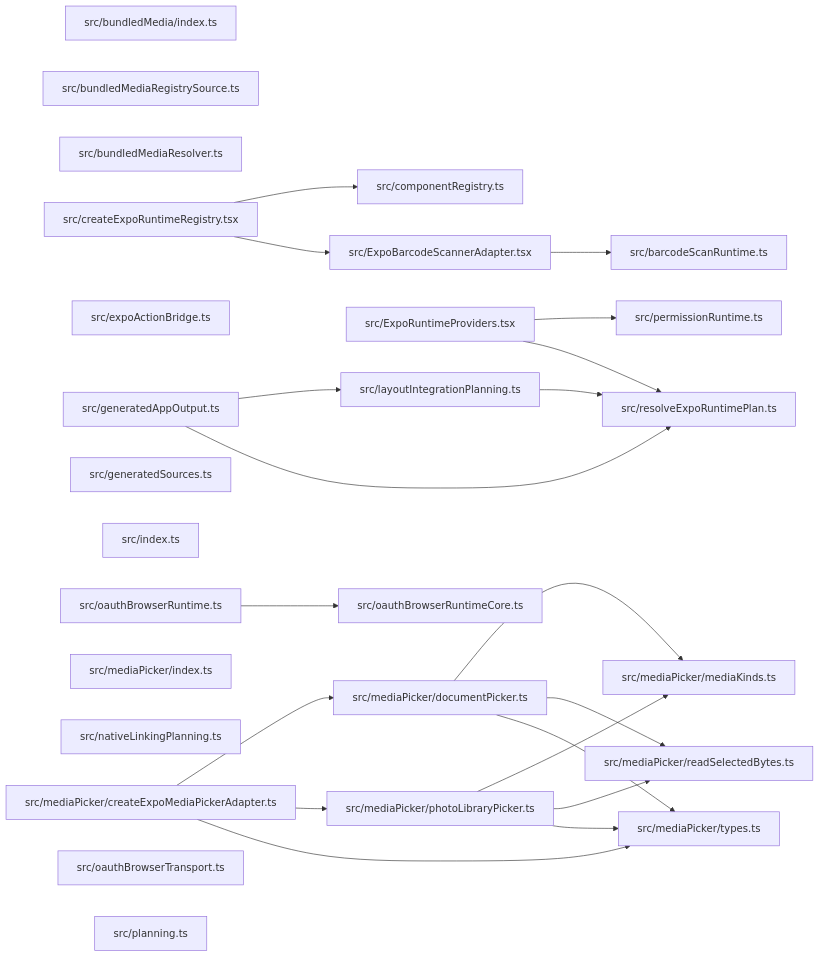
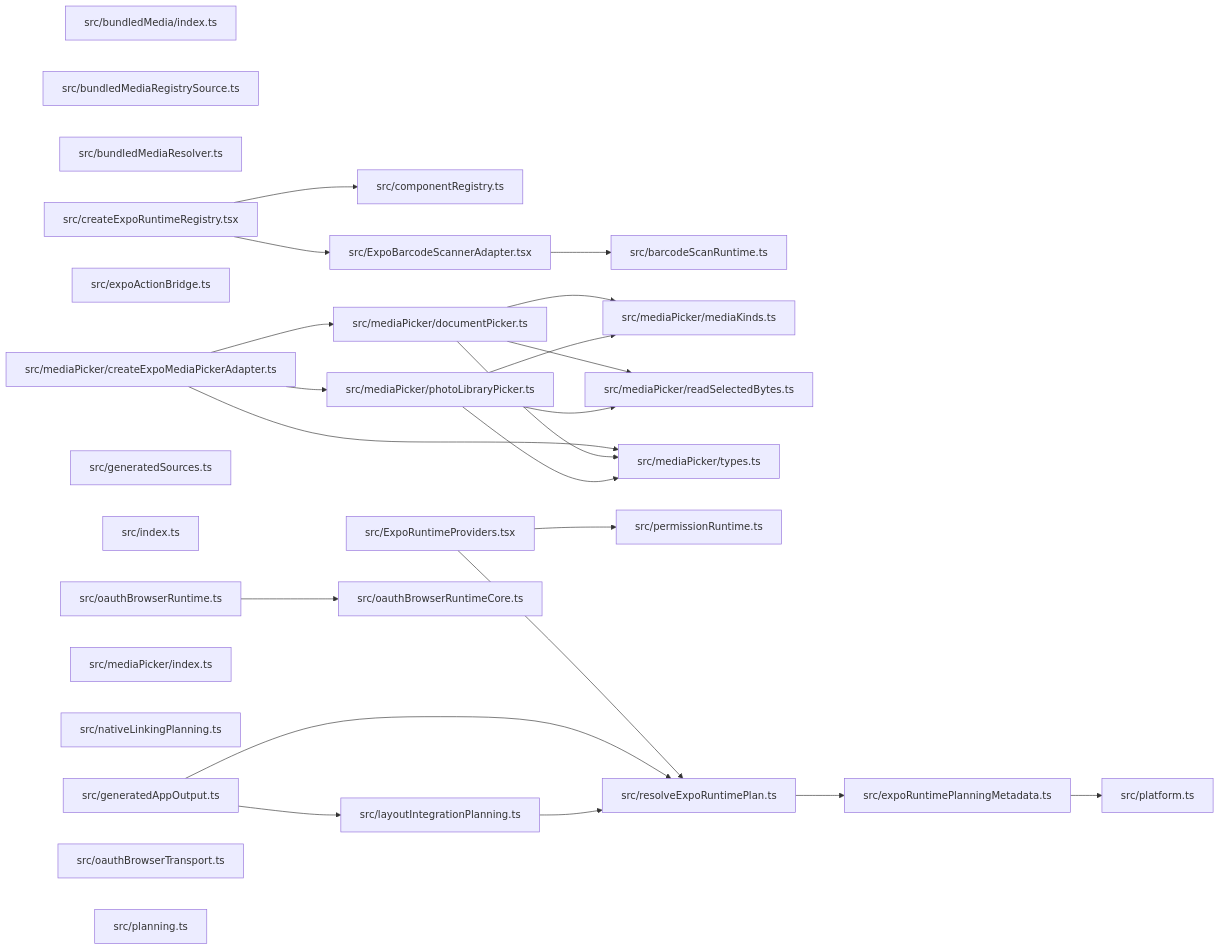
One commit to ankhorage/expo-runtime changed the diagram in paradox/diagrams/module-relationships.mmd. Above: the diagram before and after it, drawn with Mermaid. The commit also changed 46 other files, not shown here.

First line of the commit message:
feat: establish Expo 57 platform authority (#47)

```diff
--- a/paradox/diagrams/module-relationships.mmd
+++ b/paradox/diagrams/module-relationships.mmd
@@ -1,46 +1,50 @@
 graph LR
   module_src_barcodeScanRuntime_ts["src/barcodeScanRuntime.ts"]
   module_src_bundledMedia_index_ts["src/bundledMedia/index.ts"]
   module_src_bundledMediaRegistrySource_ts["src/bundledMediaRegistrySource.ts"]
   module_src_bundledMediaResolver_ts["src/bundledMediaResolver.ts"]
   module_src_componentRegistry_ts["src/componentRegistry.ts"]
   module_src_createExpoRuntimeRegistry_tsx["src/createExpoRuntimeRegistry.tsx"]
   module_src_expoActionBridge_ts["src/expoActionBridge.ts"]
   module_src_ExpoBarcodeScannerAdapter_tsx["src/ExpoBarcodeScannerAdapter.tsx"]
+  module_src_expoRuntimePlanningMetadata_ts["src/expoRuntimePlanningMetadata.ts"]
   module_src_ExpoRuntimeProviders_tsx["src/ExpoRuntimeProviders.tsx"]
   module_src_generatedAppOutput_ts["src/generatedAppOutput.ts"]
   module_src_generatedSources_ts["src/generatedSources.ts"]
   module_src_index_ts["src/index.ts"]
   module_src_layoutIntegrationPlanning_ts["src/layoutIntegrationPlanning.ts"]
   module_src_mediaPicker_createExpoMediaPickerAdapter_ts["src/mediaPicker/createExpoMediaPickerAdapter.ts"]
   module_src_mediaPicker_documentPicker_ts["src/mediaPicker/documentPicker.ts"]
   module_src_mediaPicker_index_ts["src/mediaPicker/index.ts"]
   module_src_mediaPicker_mediaKinds_ts["src/mediaPicker/mediaKinds.ts"]
   module_src_mediaPicker_photoLibraryPicker_ts["src/mediaPicker/photoLibraryPicker.ts"]
   module_src_mediaPicker_readSelectedBytes_ts["src/mediaPicker/readSelectedBytes.ts"]
   module_src_mediaPicker_types_ts["src/mediaPicker/types.ts"]
   module_src_nativeLinkingPlanning_ts["src/nativeLinkingPlanning.ts"]
   module_src_oauthBrowserRuntime_ts["src/oauthBrowserRuntime.ts"]
   module_src_oauthBrowserRuntimeCore_ts["src/oauthBrowserRuntimeCore.ts"]
   module_src_oauthBrowserTransport_ts["src/oauthBrowserTransport.ts"]
   module_src_permissionRuntime_ts["src/permissionRuntime.ts"]
   module_src_planning_ts["src/planning.ts"]
+  module_src_platform_ts["src/platform.ts"]
   module_src_resolveExpoRuntimePlan_ts["src/resolveExpoRuntimePlan.ts"]
   module_src_createExpoRuntimeRegistry_tsx --> module_src_componentRegistry_ts
   module_src_createExpoRuntimeRegistry_tsx --> module_src_ExpoBarcodeScannerAdapter_tsx
   module_src_ExpoBarcodeScannerAdapter_tsx --> module_src_barcodeScanRuntime_ts
+  module_src_expoRuntimePlanningMetadata_ts --> module_src_platform_ts
   module_src_ExpoRuntimeProviders_tsx --> module_src_permissionRuntime_ts
   module_src_ExpoRuntimeProviders_tsx --> module_src_resolveExpoRuntimePlan_ts
   module_src_generatedAppOutput_ts --> module_src_layoutIntegrationPlanning_ts
   module_src_generatedAppOutput_ts --> module_src_resolveExpoRuntimePlan_ts
   module_src_layoutIntegrationPlanning_ts --> module_src_resolveExpoRuntimePlan_ts
   module_src_mediaPicker_createExpoMediaPickerAdapter_ts --> module_src_mediaPicker_documentPicker_ts
   module_src_mediaPicker_createExpoMediaPickerAdapter_ts --> module_src_mediaPicker_photoLibraryPicker_ts
   module_src_mediaPicker_createExpoMediaPickerAdapter_ts --> module_src_mediaPicker_types_ts
   module_src_mediaPicker_documentPicker_ts --> module_src_mediaPicker_mediaKinds_ts
   module_src_mediaPicker_documentPicker_ts --> module_src_mediaPicker_readSelectedBytes_ts
   module_src_mediaPicker_documentPicker_ts --> module_src_mediaPicker_types_ts
   module_src_mediaPicker_photoLibraryPicker_ts --> module_src_mediaPicker_mediaKinds_ts
   module_src_mediaPicker_photoLibraryPicker_ts --> module_src_mediaPicker_readSelectedBytes_ts
   module_src_mediaPicker_photoLibraryPicker_ts --> module_src_mediaPicker_types_ts
   module_src_oauthBrowserRuntime_ts --> module_src_oauthBrowserRuntimeCore_ts
+  module_src_resolveExpoRuntimePlan_ts --> module_src_expoRuntimePlanningMetadata_ts
```
